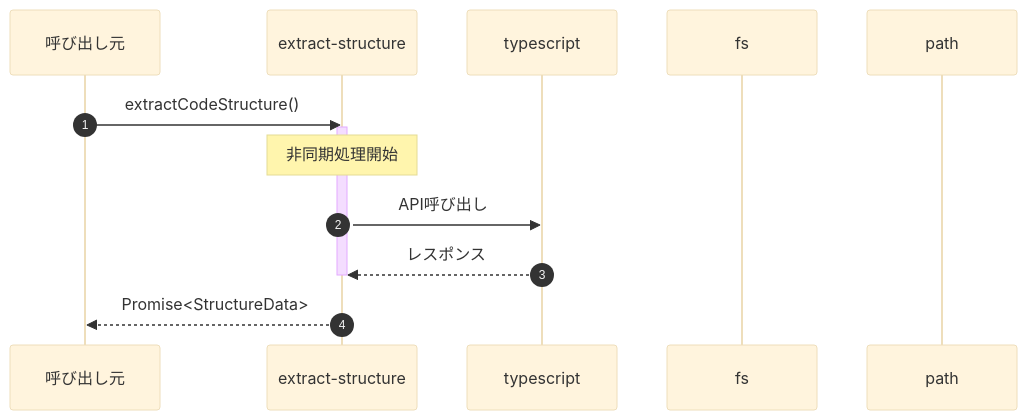
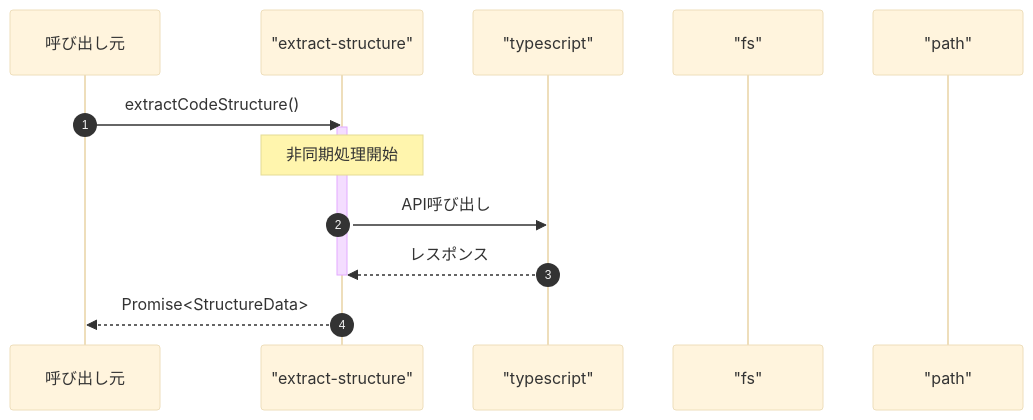
The third of 3 diagrams in ABDD/.pi/extensions/code-structure-analyzer/tools/extract-structure.md (Mekann2904/mekann), drawn with Mermaid (base theme) before and after one commit. The commit also changed other lines of this file and 152 other files, not shown here.

First line of the commit message:
fix: Mermaid図のラベル内の特殊文字をエスケープする

````diff
--- a/ABDD/.pi/extensions/code-structure-analyzer/tools/extract-structure.md
+++ b/ABDD/.pi/extensions/code-structure-analyzer/tools/extract-structure.md
@@ -182,17 +182,17 @@
 ```mermaid
 sequenceDiagram
   autonumber
   participant Caller as 呼び出し元
-  participant extract_structure as extract-structure
-  participant typescript as typescript
-  participant fs as fs
-  participant path as path
+  participant extract_structure as "extract-structure"
+  participant typescript as "typescript"
+  participant fs as "fs"
+  participant path as "path"
 
   Caller->>extract_structure: extractCodeStructure()
   activate extract_structure
   Note over extract_structure: 非同期処理開始
   extract_structure->>typescript: API呼び出し
   typescript-->>extract_structure: レスポンス
   deactivate extract_structure
   extract_structure-->>Caller: Promise<StructureData>
 ```
````
